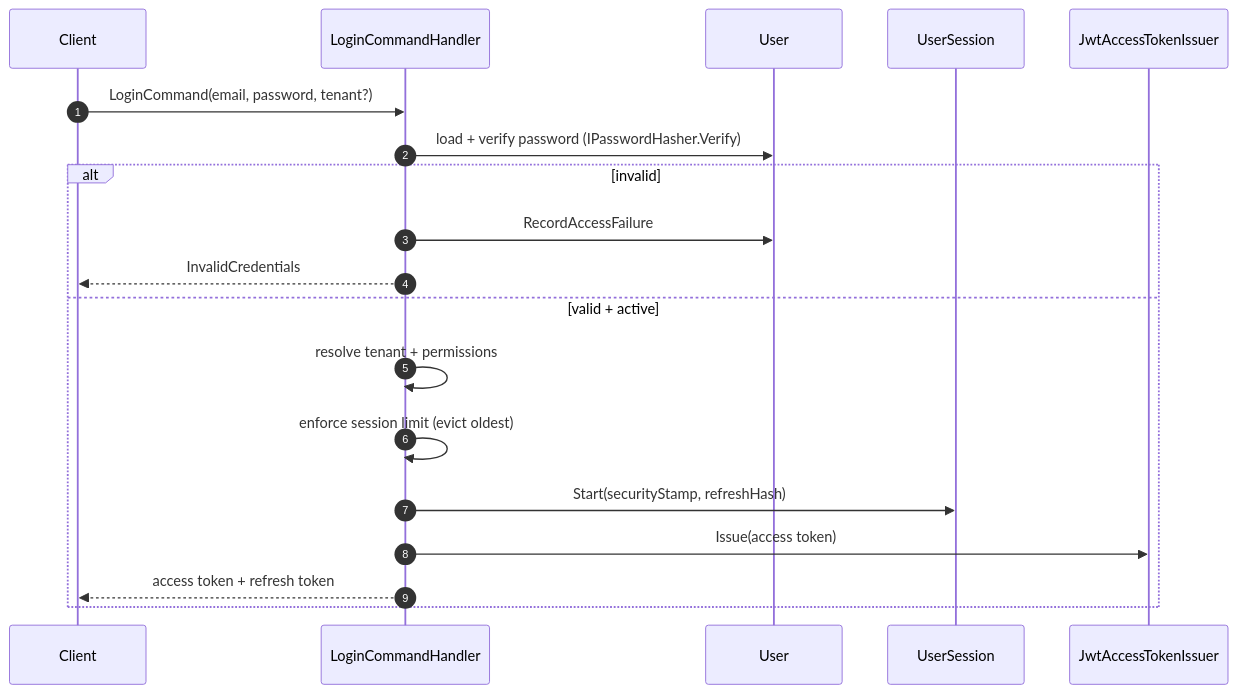
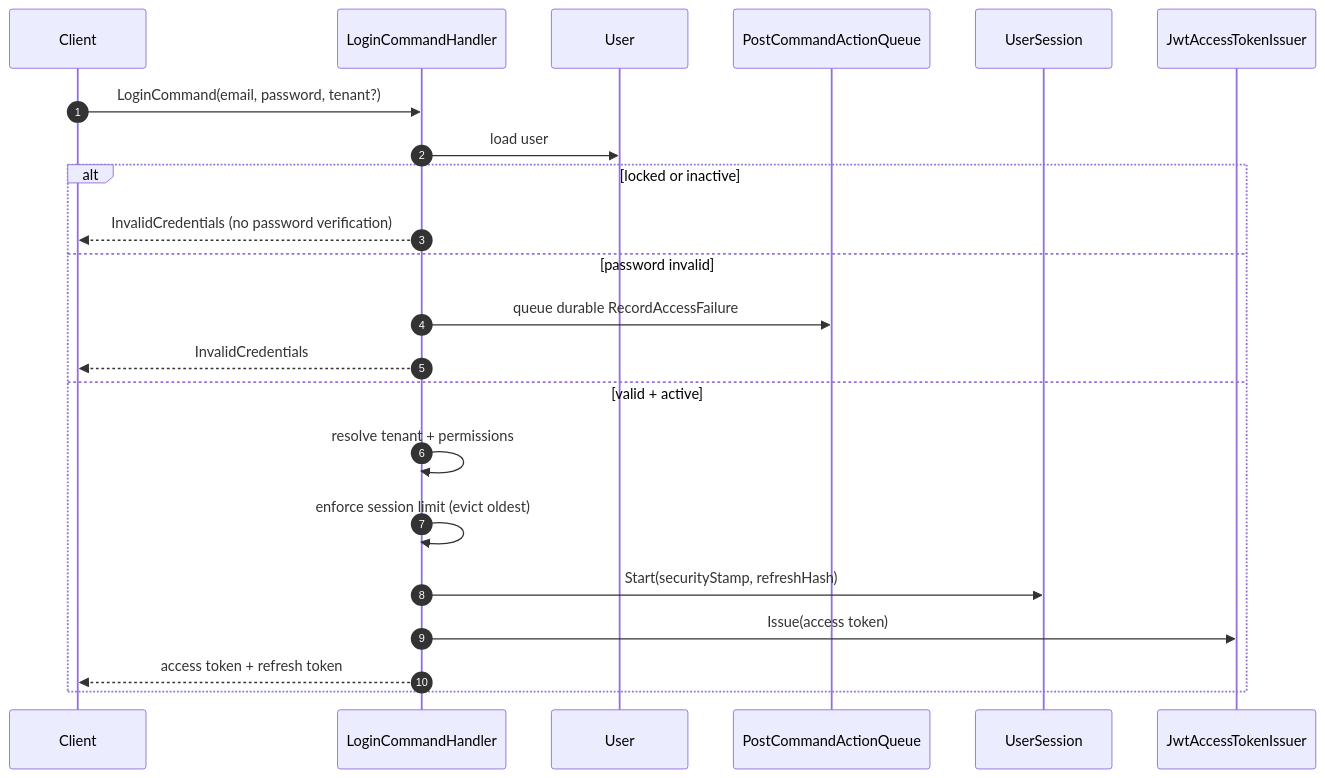
The diagram in docs/modules/identity/authentication.md (jb-coder/BSX.Platform), drawn with Mermaid before and after one commit. The commit also changed other lines of this file and 32 other files, not shown here.

````diff
--- a/docs/modules/identity/authentication.md
+++ b/docs/modules/identity/authentication.md
@@ -12,21 +12,24 @@
 ```mermaid
 sequenceDiagram
     autonumber
     participant C as Client
     participant H as LoginCommandHandler
     participant U as User
+    participant Q as PostCommandActionQueue
     participant S as UserSession
     participant J as JwtAccessTokenIssuer
     C->>H: LoginCommand(email, password, tenant?)
-    H->>U: load + verify password (IPasswordHasher.Verify)
-    alt invalid
-        H->>U: RecordAccessFailure
+    H->>U: load user
+    alt locked or inactive
+        H-->>C: InvalidCredentials (no password verification)
+    else password invalid
+        H->>Q: queue durable RecordAccessFailure
         H-->>C: InvalidCredentials
     else valid + active
         H->>H: resolve tenant + permissions
         H->>H: enforce session limit (evict oldest)
         H->>S: Start(securityStamp, refreshHash)
         H->>J: Issue(access token)
         H-->>C: access token + refresh token
     end
 ```
````
